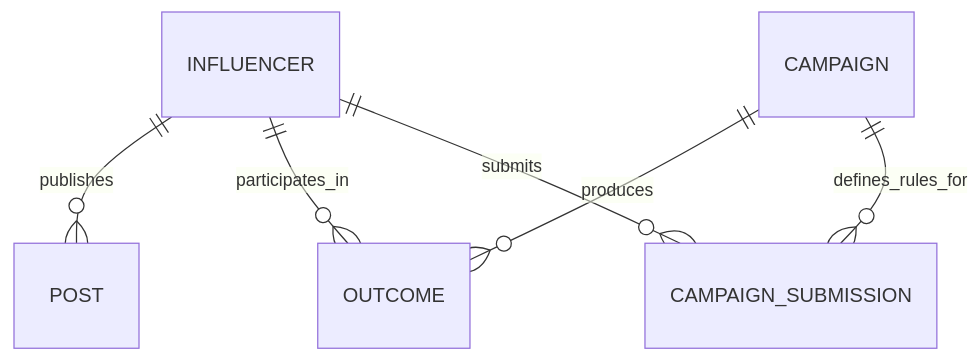
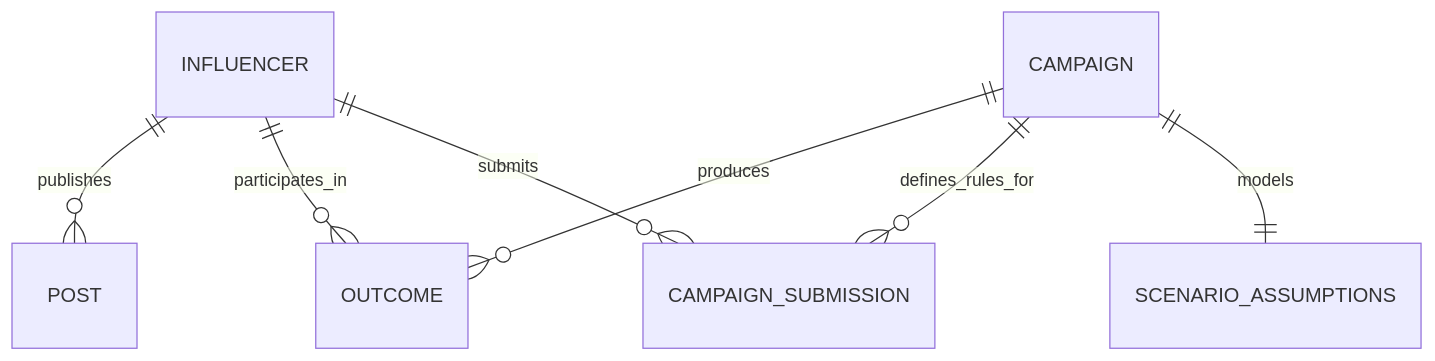
The diagram in docs/DATA_DICTIONARY.md (KaviyaVelmurugan/influencertrust-ai), drawn with Mermaid before and after one commit. The commit also changed other lines of this file and 13 other files, not shown here.

````diff
--- a/docs/DATA_DICTIONARY.md
+++ b/docs/DATA_DICTIONARY.md
@@ -15,8 +15,9 @@
 ```mermaid
 erDiagram
     INFLUENCER ||--o{ POST : publishes
     CAMPAIGN ||--o{ OUTCOME : produces
     INFLUENCER ||--o{ OUTCOME : participates_in
     CAMPAIGN ||--o{ CAMPAIGN_SUBMISSION : defines_rules_for
     INFLUENCER ||--o{ CAMPAIGN_SUBMISSION : submits
+    CAMPAIGN ||--|| SCENARIO_ASSUMPTIONS : models
 ```
````
